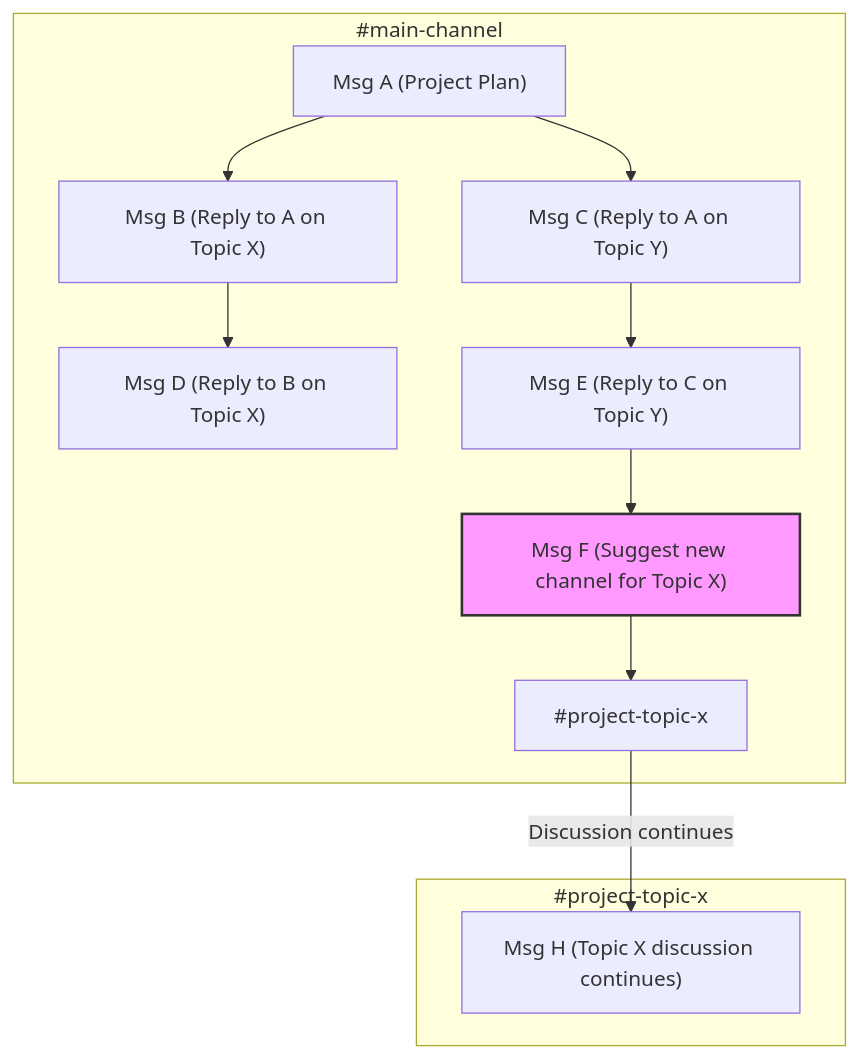
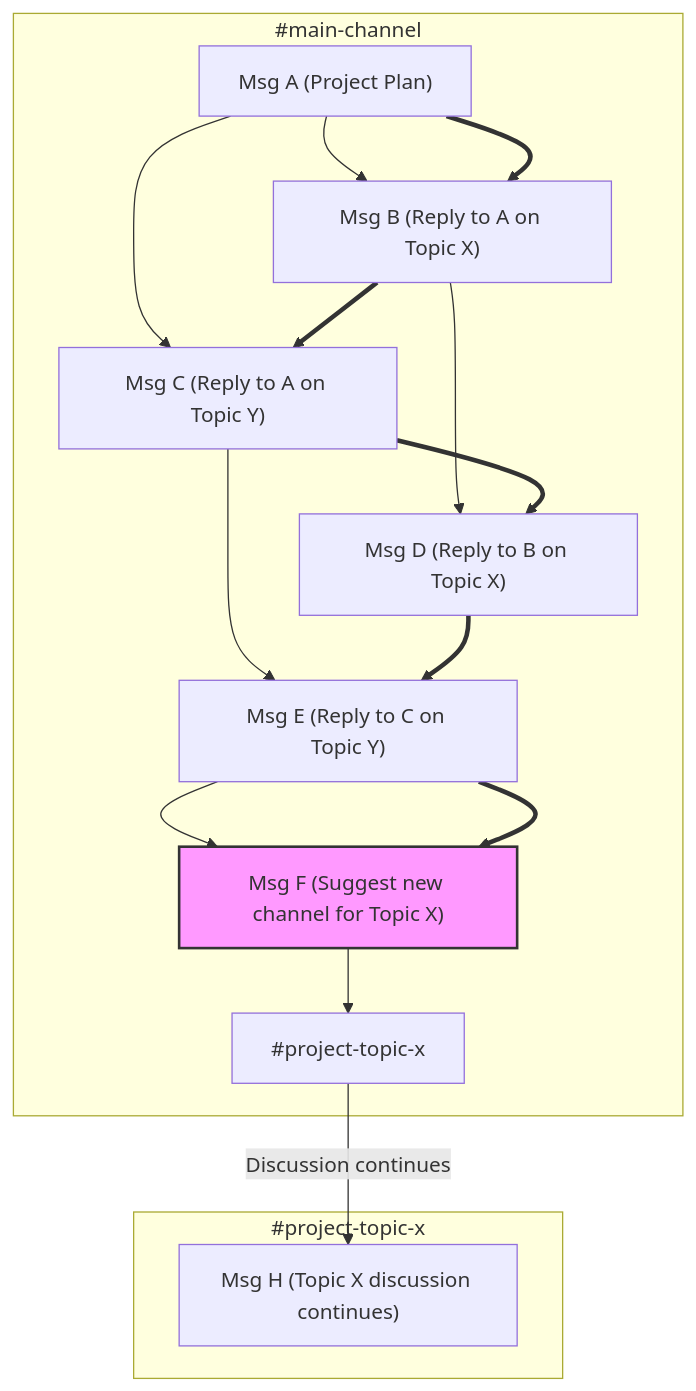
One commit to kirilligum/kirilligum changed the second of 2 diagrams in src/content/blog/threaded-vs-linear-chat-workflows.md. Above: the diagram before and after it, drawn with Mermaid. The commit also changed other lines of this file, not shown here.

Commit message:
docs: Add chronological flow to Discord diagram

````diff
--- a/src/content/blog/threaded-vs-linear-chat-workflows.md
+++ b/src/content/blog/threaded-vs-linear-chat-workflows.md
@@ -82,25 +82,27 @@
 ```mermaid
 graph TD
     subgraph #main-channel
         A["Msg A (Project Plan)"];
         B["Msg B (Reply to A on Topic X)"];
         C["Msg C (Reply to A on Topic Y)"];
         D["Msg D (Reply to B on Topic X)"];
         E["Msg E (Reply to C on Topic Y)"];
         F["Msg F (Suggest new channel for Topic X)"];
         G[#project-topic-x];
 
         A --> B;
         A --> C;
         B --> D;
         C --> E;
         E --> F;
         F --> G;
+
+        A ==> B ==> C ==> D ==> E ==> F;
     end
 
     subgraph #project-topic-x
         G -- "Discussion continues" --> H["Msg H (Topic X discussion continues)"];
     end
 
     style F fill:#f9f,stroke:#333,stroke-width:2px
 ```
````
